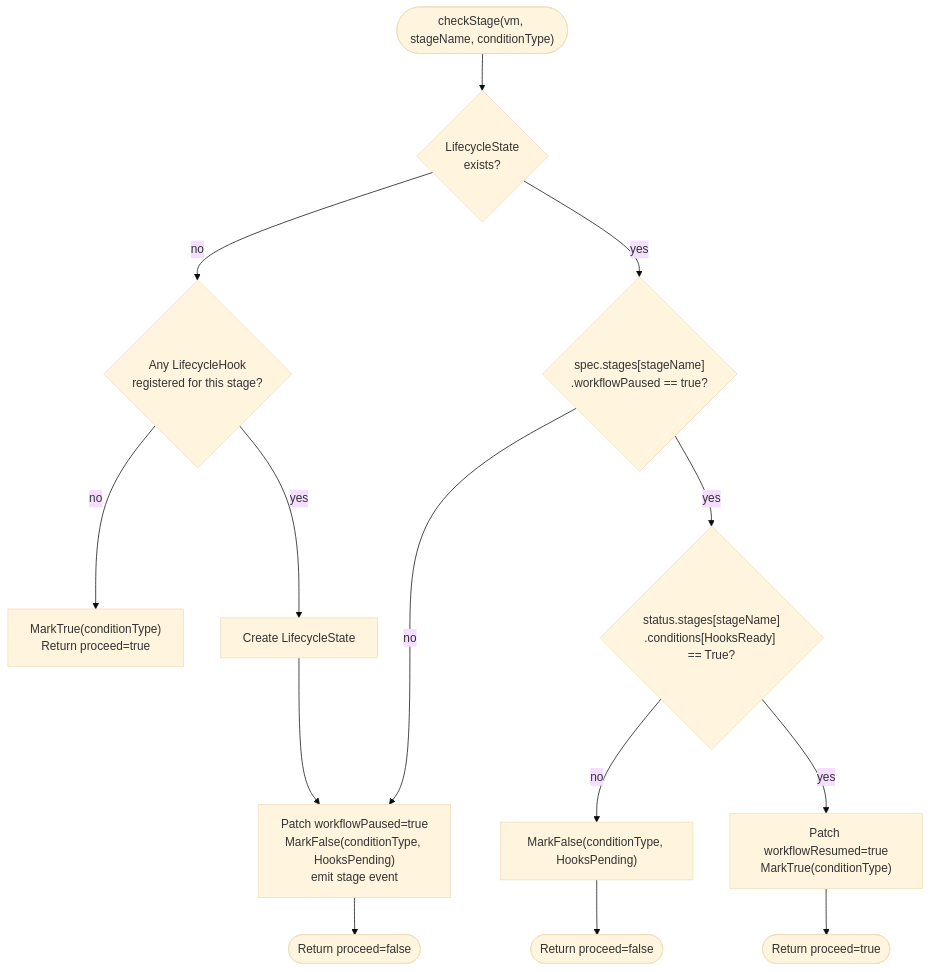
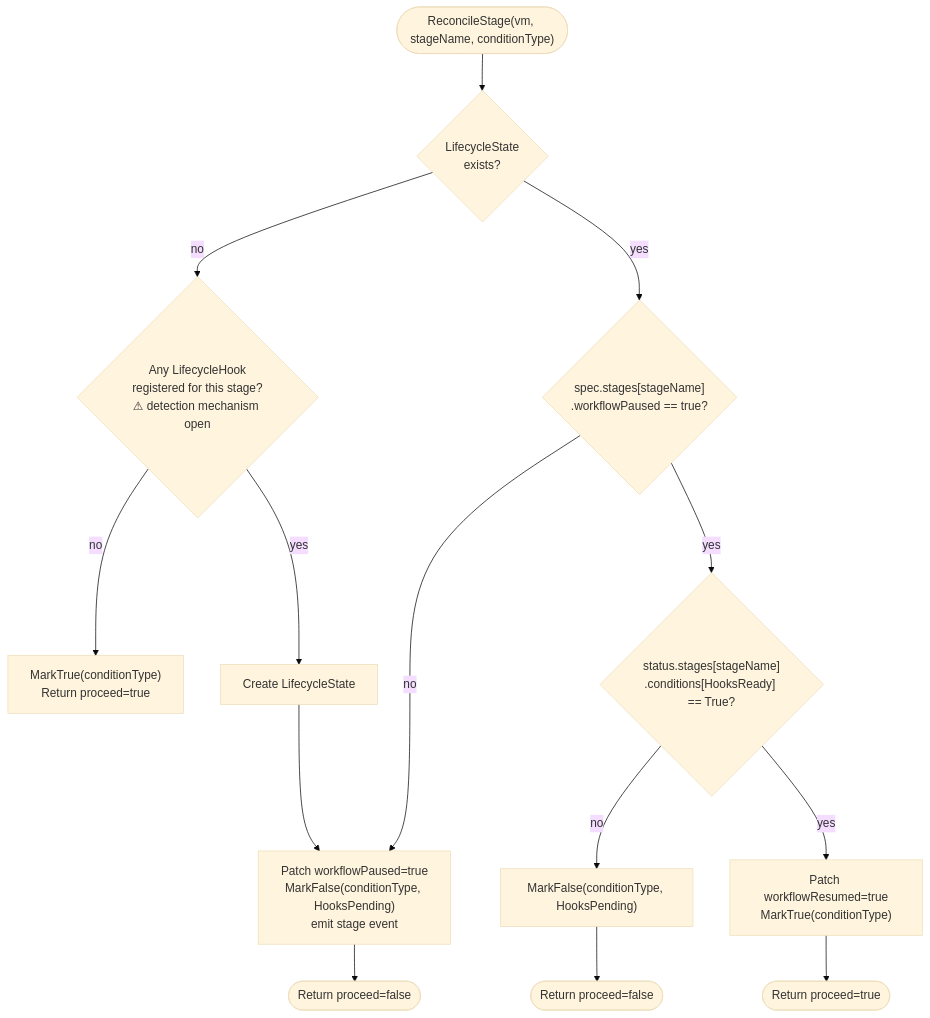
One commit to vmware-tanzu/vm-operator changed the fourth of 4 diagrams in .sdd/specs/009-lifecycle-hooks/spec.md. Above: the diagram before and after it, drawn with Mermaid (base theme). The commit also changed other lines of this file and 2 other files, not shown here.

````diff
--- a/.sdd/specs/009-lifecycle-hooks/spec.md
+++ b/.sdd/specs/009-lifecycle-hooks/spec.md
@@ -199,16 +215,16 @@
 ```mermaid
 flowchart TD
-    Start([checkStage#40;vm, stageName, conditionType#41;]) --> GetLS{LifecycleState<br/>exists?}
-    GetLS -- no --> HookExists{Any LifecycleHook<br/>registered for this stage?}
+    Start([ReconcileStage#40;vm, stageName, conditionType#41;]) --> GetLS{LifecycleState<br/>exists?}
+    GetLS -- no --> HookExists{Any LifecycleHook<br/>registered for this stage?<br/>⚠ detection mechanism open}
     HookExists -- no --> ProceedNoHook[MarkTrue#40;conditionType#41;<br/>Return proceed=true]
     HookExists -- yes --> CreateLS[Create LifecycleState]
     CreateLS --> PauseIt
     GetLS -- yes --> Paused{spec.stages#91;stageName#93;<br/>.workflowPaused == true?}
     Paused -- no --> PauseIt[Patch workflowPaused=true<br/>MarkFalse#40;conditionType, HooksPending#41;<br/>emit stage event]
     PauseIt --> ExitPause([Return proceed=false])
     Paused -- yes --> HooksReady{status.stages#91;stageName#93;<br/>.conditions#91;HooksReady#93; == True?}
     HooksReady -- no --> StillWaiting[MarkFalse#40;conditionType, HooksPending#41;]
     StillWaiting --> ExitWait([Return proceed=false])
     HooksReady -- yes --> Resume[Patch workflowResumed=true<br/>MarkTrue#40;conditionType#41;]
     Resume --> ExitProceed([Return proceed=true])
 ```
````
